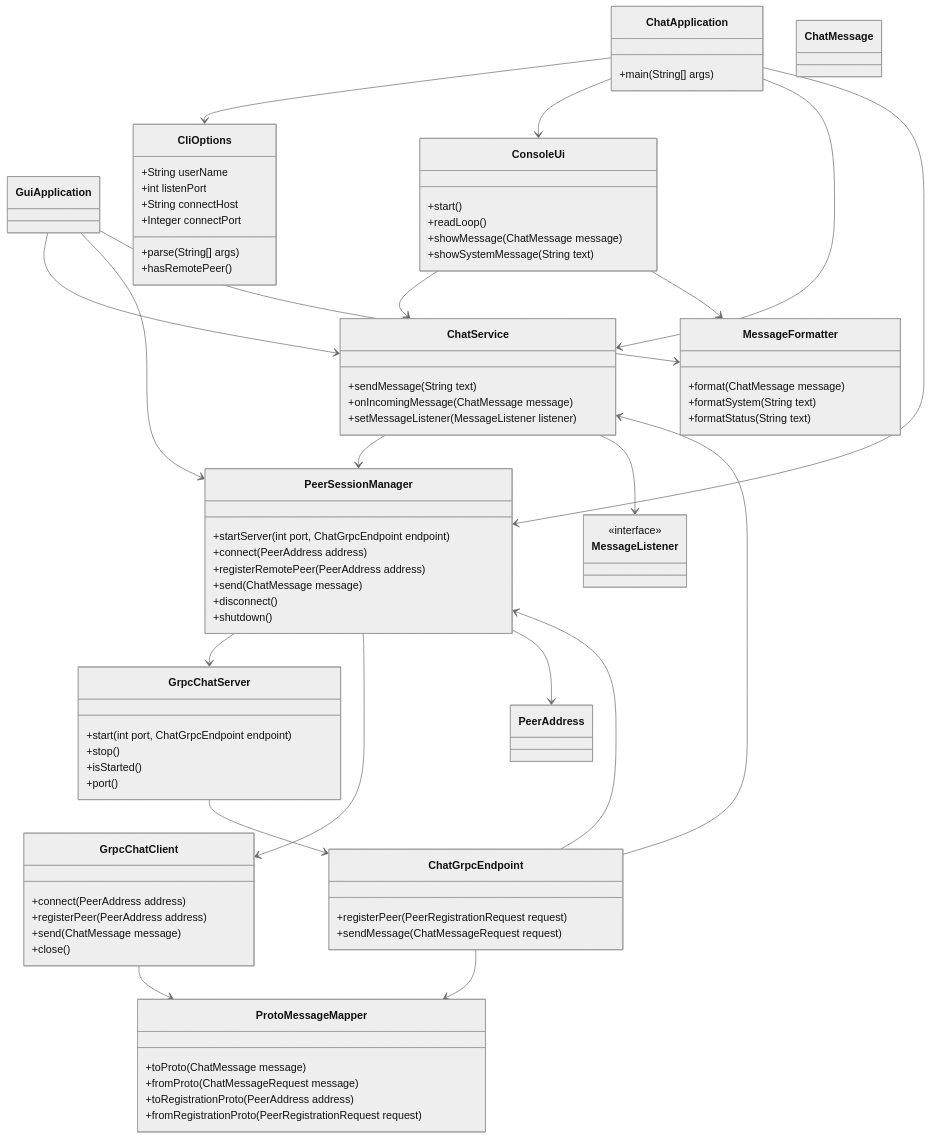
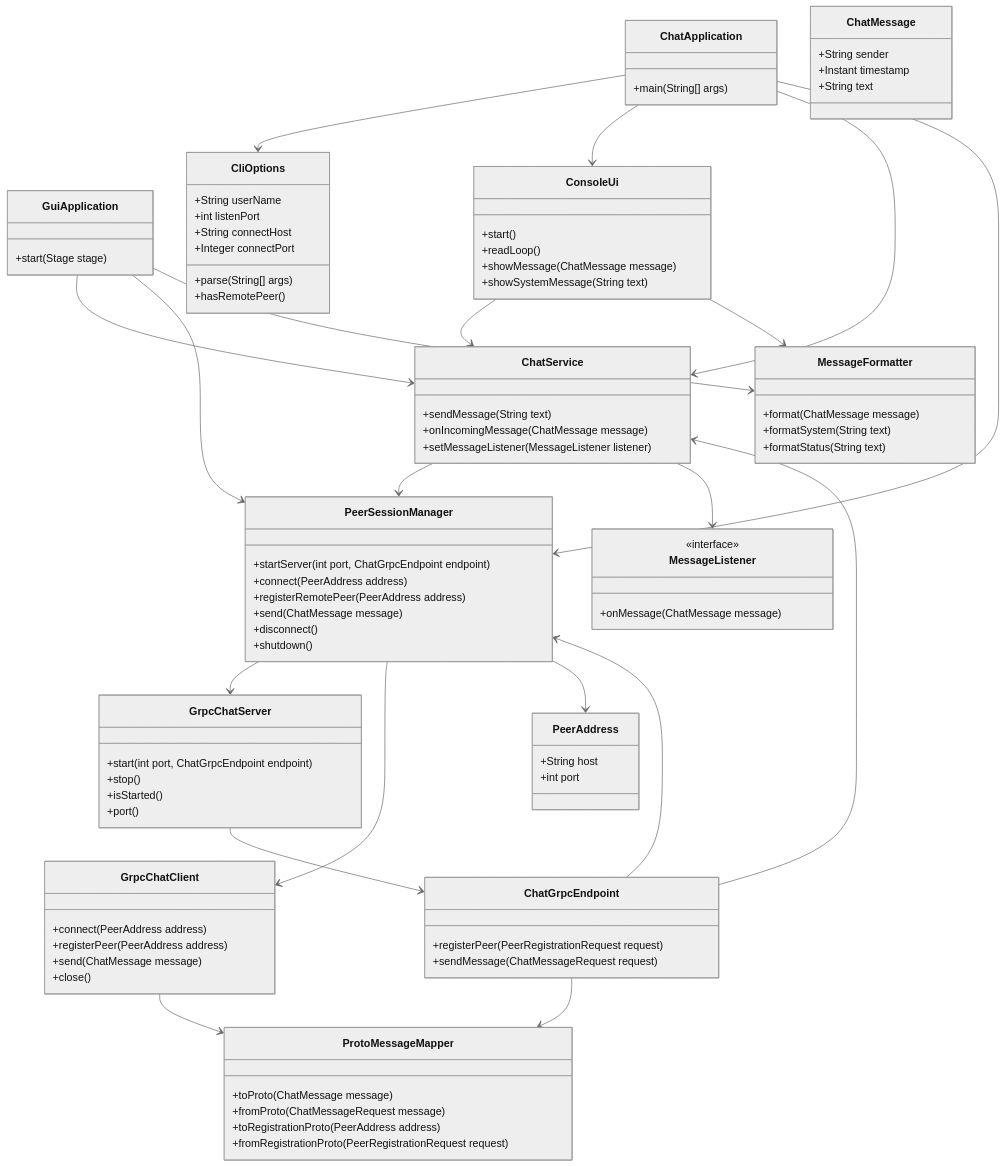
The second of 3 diagrams in docs/ARCHITECTURE.md (gtmnnn/Dialexis), drawn with Mermaid (neutral theme) before and after one commit.

```diff
--- a/docs/ARCHITECTURE.md
+++ b/docs/ARCHITECTURE.md
@@ -260,7 +260,9 @@
         +main(String[] args)
     }
 
-    class GuiApplication
+    class GuiApplication {
+        +start(Stage stage)
+    }
 
     class CliOptions {
         +String userName
@@ -325,10 +327,20 @@
         +fromRegistrationProto(PeerRegistrationRequest request)
     }
 
-    class ChatMessage
-    class PeerAddress
+    class ChatMessage {
+        +String sender
+        +Instant timestamp
+        +String text
+    }
+
+    class PeerAddress {
+        +String host
+        +int port
+    }
+
     class MessageListener {
         <<interface>>
+        +onMessage(ChatMessage message)
     }
 
     ChatApplication --> CliOptions
```
